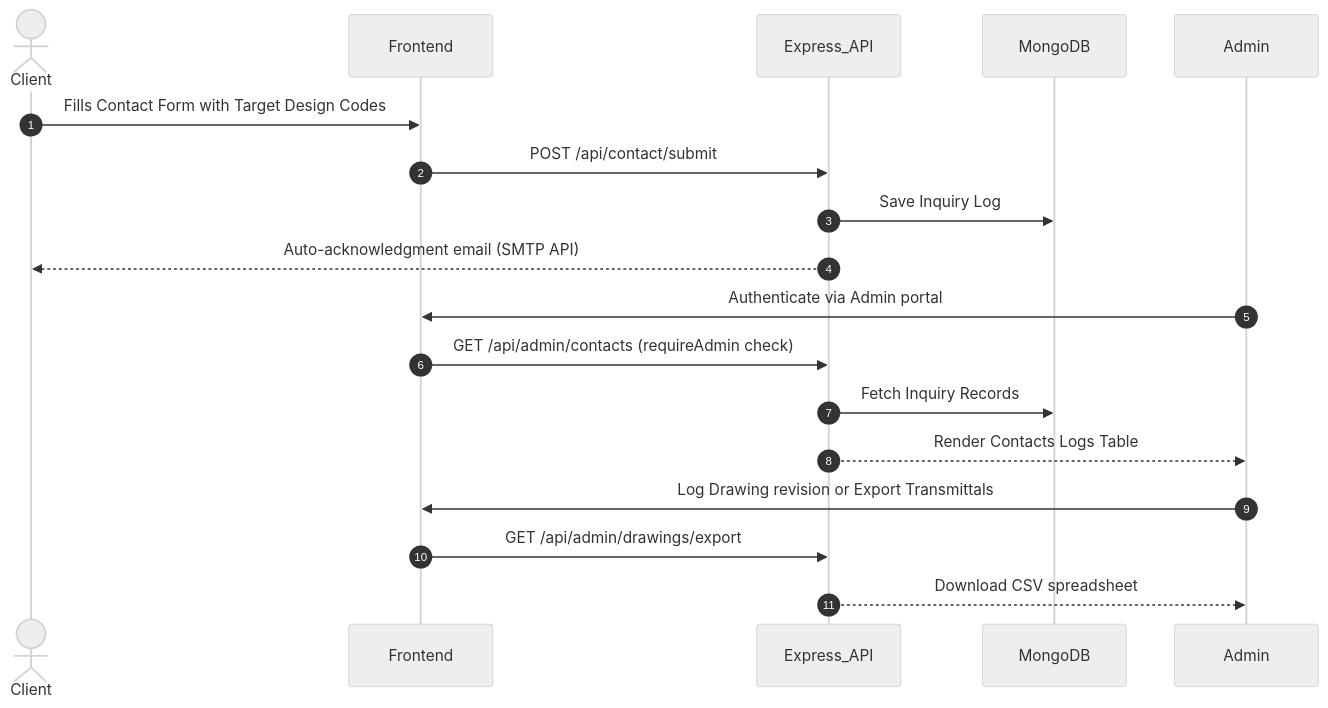
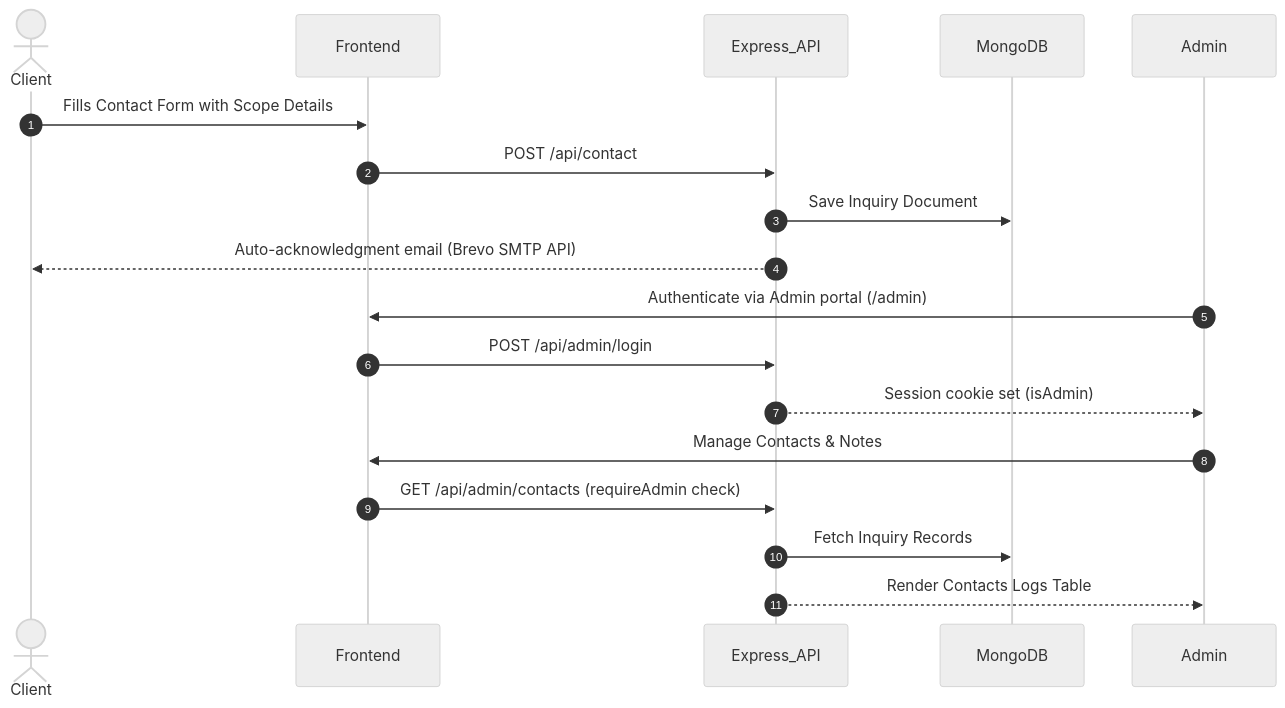
One commit to SATYA-916/SLS changed the diagram in README.md. Above: the diagram before and after it, drawn with Mermaid (neutral theme). The commit also changed other lines of this file and 1 other file, not shown here.

````diff
--- a/README.md
+++ b/README.md
@@ -51,23 +18,23 @@
 ```mermaid
 sequenceDiagram
     autonumber
     actor Client
     participant Frontend
     participant Express_API
     participant MongoDB
     participant Admin
 
-    Client->>Frontend: Fills Contact Form with Target Design Codes
-    Frontend->>Express_API: POST /api/contact/submit
-    Express_API->>MongoDB: Save Inquiry Log
-    Express_API-->>Client: Auto-acknowledgment email (SMTP API)
+    Client->>Frontend: Fills Contact Form with Scope Details
+    Frontend->>Express_API: POST /api/contact
+    Express_API->>MongoDB: Save Inquiry Document
+    Express_API-->>Client: Auto-acknowledgment email (Brevo SMTP API)
     
-    Admin->>Frontend: Authenticate via Admin portal
+    Admin->>Frontend: Authenticate via Admin portal (/admin)
+    Frontend->>Express_API: POST /api/admin/login
+    Express_API-->>Admin: Session cookie set (isAdmin)
+    
+    Admin->>Frontend: Manage Contacts & Notes
     Frontend->>Express_API: GET /api/admin/contacts (requireAdmin check)
     Express_API->>MongoDB: Fetch Inquiry Records
     Express_API-->>Admin: Render Contacts Logs Table
-    
-    Admin->>Frontend: Log Drawing revision or Export Transmittals
-    Frontend->>Express_API: GET /api/admin/drawings/export
-    Express_API-->>Admin: Download CSV spreadsheet
 ```
````
